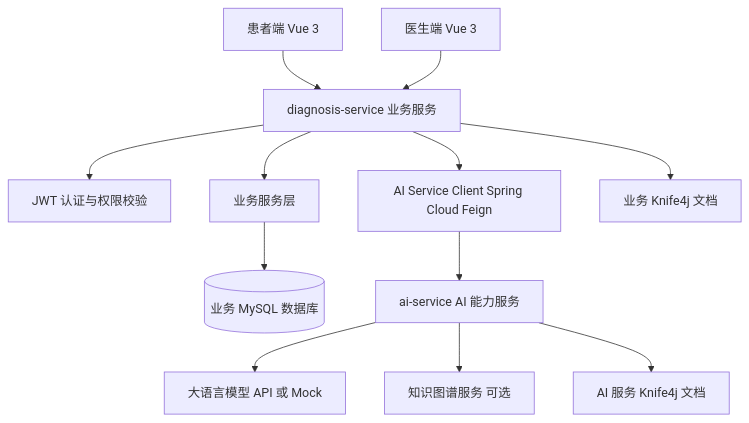
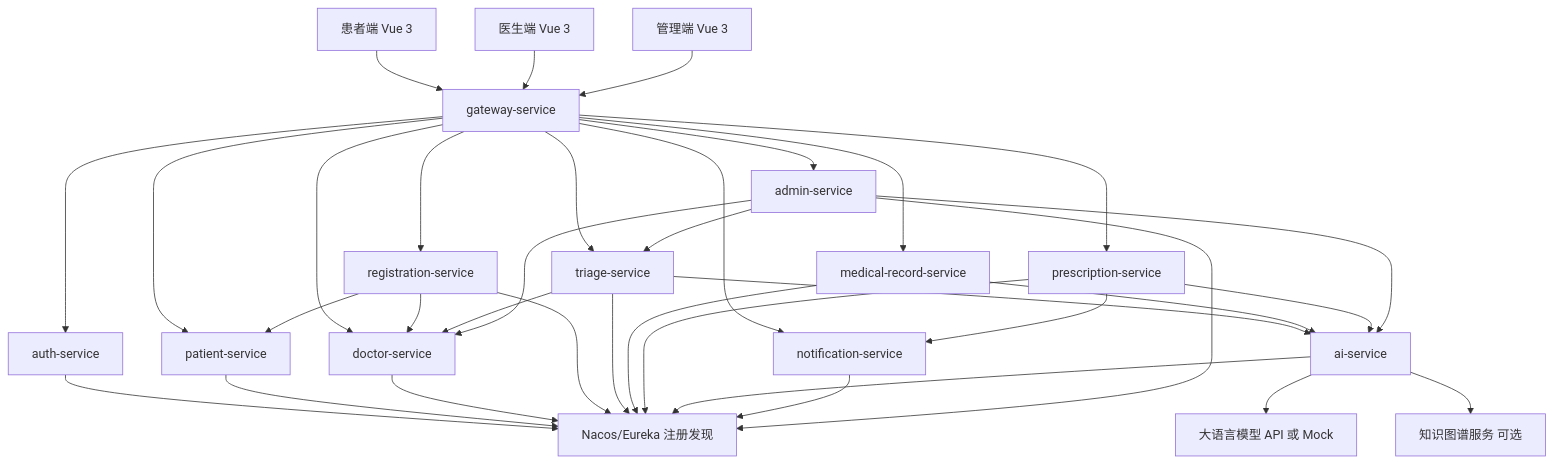
The first of 2 diagrams in docs/05-system-architecture.md (cloudydreamland/smart_cloud_brain), drawn with Mermaid before and after one commit. The commit also changed other lines of this file and 187 other files, not shown here.

````diff
--- a/docs/05-system-architecture.md
+++ b/docs/05-system-architecture.md
@@ -5,14 +7,37 @@
 ```mermaid
 flowchart TB
-  P[患者端 Vue 3] --> DS[diagnosis-service 业务服务]
-  D[医生端 Vue 3] --> DS
-  DS --> AUTH[JWT 认证与权限校验]
-  DS --> BIZ[业务服务层]
-  BIZ --> DB[(业务 MySQL 数据库)]
-  DS --> AIC[AI Service Client Spring Cloud Feign]
-  AIC --> AIS[ai-service AI 能力服务]
+  P[患者端 Vue 3] --> GW[gateway-service]
+  D[医生端 Vue 3] --> GW
+  A[管理端 Vue 3] --> GW
+  GW --> AUTH[auth-service]
+  GW --> PAT[patient-service]
+  GW --> DOC[doctor-service]
+  GW --> REG[registration-service]
+  GW --> TRI[triage-service]
+  GW --> MR[medical-record-service]
+  GW --> PRE[prescription-service]
+  GW --> NOTI[notification-service]
+  GW --> ADM[admin-service]
+  TRI --> AIS[ai-service]
+  MR --> AIS
+  PRE --> AIS
+  REG --> DOC
+  REG --> PAT
+  TRI --> DOC
+  PRE --> NOTI
+  ADM --> DOC
+  ADM --> TRI
+  ADM --> AIS
   AIS --> LLM[大语言模型 API 或 Mock]
   AIS --> KG[知识图谱服务 可选]
-  DS --> DOC1[业务 Knife4j 文档]
-  AIS --> DOC2[AI 服务 Knife4j 文档]
+  AUTH --> Registry[Nacos/Eureka 注册发现]
+  PAT --> Registry
+  DOC --> Registry
+  REG --> Registry
+  TRI --> Registry
+  MR --> Registry
+  PRE --> Registry
+  AIS --> Registry
+  NOTI --> Registry
+  ADM --> Registry
 ```
````
